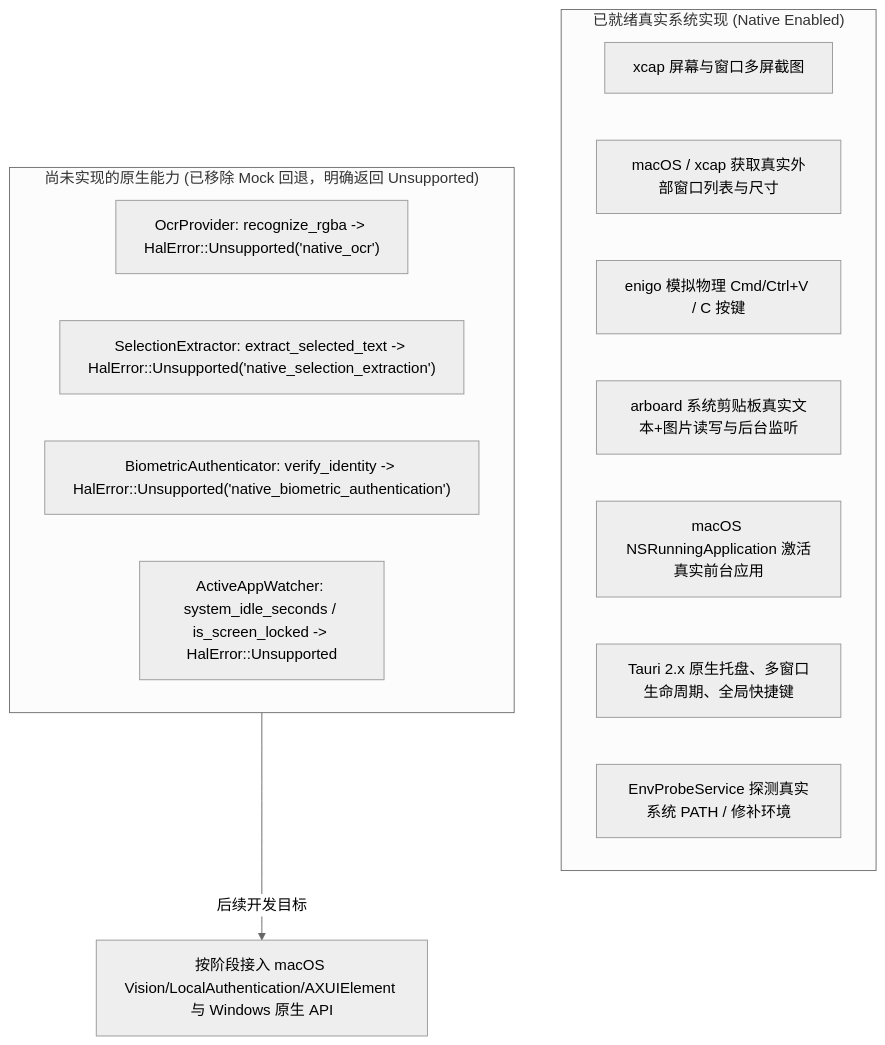
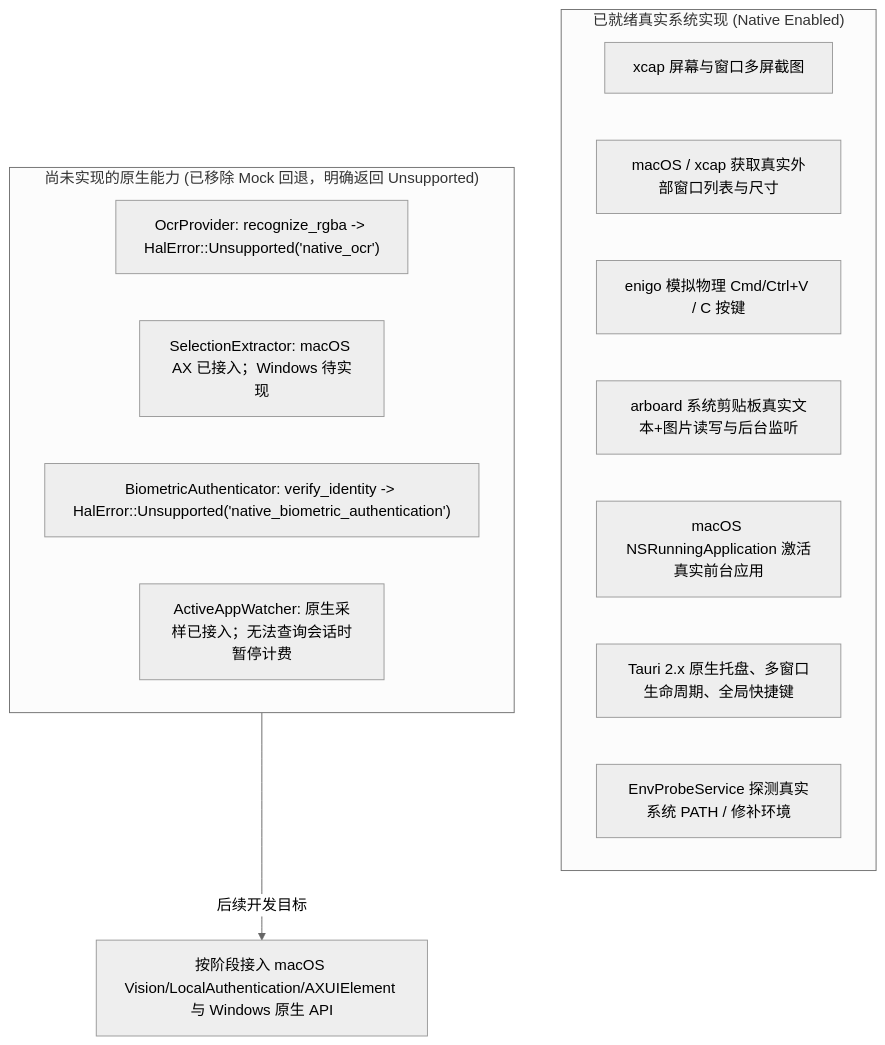
Before and after one commit to dongyan3721/YourAllIn1Helper: the second of 3 diagrams in DEVELOPMENT_CHECKLIST.md, drawn with Mermaid (neutral theme). The commit also changed other lines of this file and 23 other files, not shown here.

````diff
--- a/DEVELOPMENT_CHECKLIST.md
+++ b/DEVELOPMENT_CHECKLIST.md
@@ -62,21 +62,21 @@
 ```mermaid
 flowchart TD
     subgraph Real["已就绪真实系统实现 (Native Enabled)"]
         R1["xcap 屏幕与窗口多屏截图"]
         R2["macOS / xcap 获取真实外部窗口列表与尺寸"]
         R3["enigo 模拟物理 Cmd/Ctrl+V / C 按键"]
         R4["arboard 系统剪贴板真实文本+图片读写与后台监听"]
         R5["macOS NSRunningApplication 激活真实前台应用"]
         R6["Tauri 2.x 原生托盘、多窗口生命周期、全局快捷键"]
         R7["EnvProbeService 探测真实系统 PATH / 修补环境"]
     end
 
     subgraph Unsupported["尚未实现的原生能力 (已移除 Mock 回退，明确返回 Unsupported)"]
         M1["OcrProvider: recognize_rgba -> HalError::Unsupported('native_ocr')"]
-        M2["SelectionExtractor: extract_selected_text -> HalError::Unsupported('native_selection_extraction')"]
+        M2["SelectionExtractor: macOS AX 已接入；Windows 待实现"]
         M3["BiometricAuthenticator: verify_identity -> HalError::Unsupported('native_biometric_authentication')"]
-        M4["ActiveAppWatcher: system_idle_seconds / is_screen_locked -> HalError::Unsupported"]
+        M4["ActiveAppWatcher: 原生采样已接入；无法查询会话时暂停计费"]
     end
 
     Unsupported -->|后续开发目标| RealTransform["按阶段接入 macOS Vision/LocalAuthentication/AXUIElement 与 Windows 原生 API"]
 ```
````
